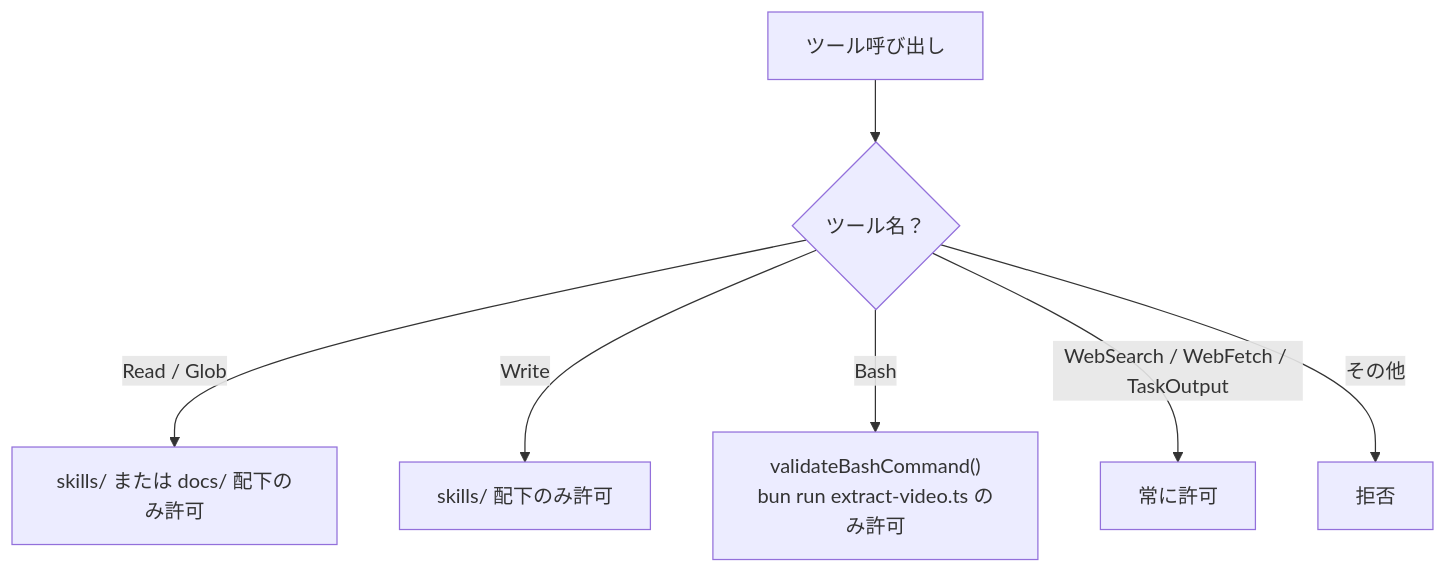
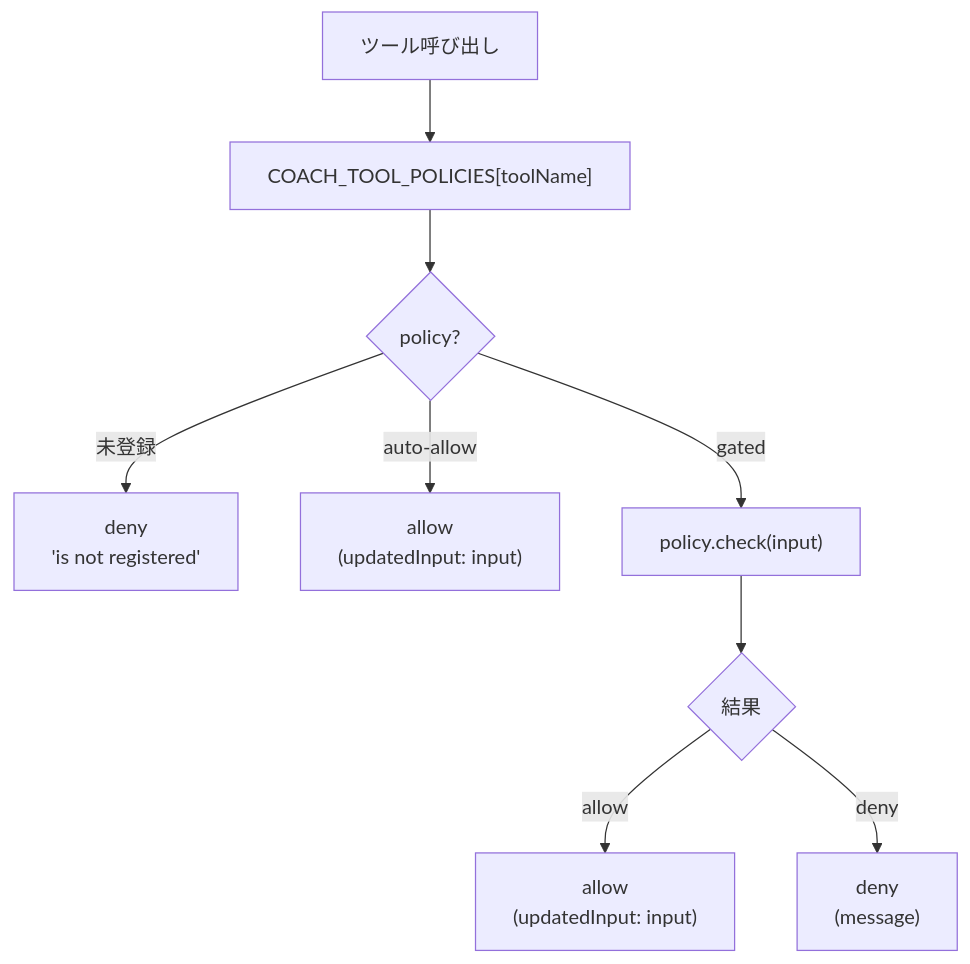
Before and after one commit to yukaorange/dcc_suport: diagram 13 of 19 in packages/core/docs/reading-guide.md, drawn with Mermaid. The commit also changed other lines of this file and 12 other files, not shown here.

Commit message:
chore(docs): アーキテクチャ図の更新とIllustrator/Photoshopスキルの追加

````diff
--- a/packages/core/docs/reading-guide.md
+++ b/packages/core/docs/reading-guide.md
@@ -413,9 +438,11 @@
 ```mermaid
 flowchart TD
-    A["ツール呼び出し"] --> B{ツール名？}
-    B -->|"Read / Glob"| C["skills/ または docs/ 配下のみ許可"]
-    B -->|"Write"| D["skills/ 配下のみ許可"]
-    B -->|"Bash"| E["validateBashCommand()\nbun run extract-video.ts のみ許可"]
-    B -->|"WebSearch / WebFetch / TaskOutput"| F["常に許可"]
-    B -->|"その他"| G["拒否"]
+    A["ツール呼び出し"] --> B["COACH_TOOL_POLICIES[toolName]"]
+    B --> C{policy?}
+    C -->|未登録| D["deny<br/>'is not registered'"]
+    C -->|"auto-allow"| E["allow<br/>(updatedInput: input)"]
+    C -->|"gated"| F["policy.check(input)"]
+    F --> G{結果}
+    G -->|allow| H["allow<br/>(updatedInput: input)"]
+    G -->|deny| I["deny<br/>(message)"]
 ```
````
